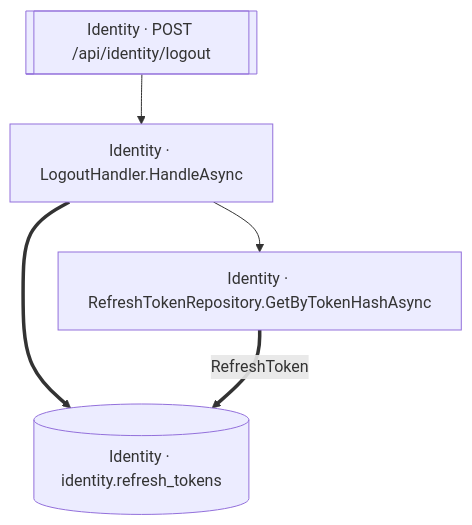
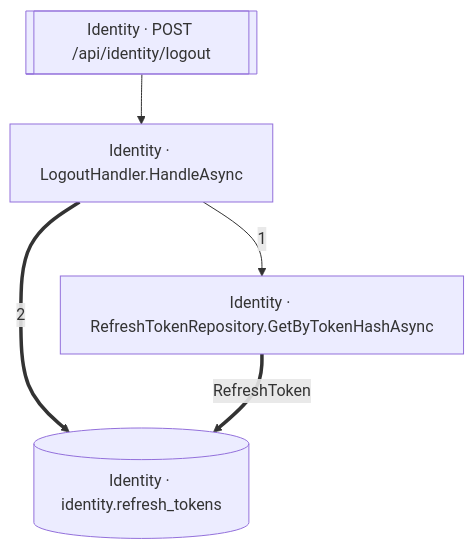
Before and after one commit to onurnafiguzel/FlowLens: the diagram in out/flows/post-api-identity-logout.md, drawn with Mermaid. The commit also changed other lines of this file and 28 other files, not shown here.

Commit message:
feat(graph): record call sites on CALLS edges and feat(docs): order sibling edges by source position, number call sites and docs: regenerate site with source-ordered flow diagrams

````diff
--- a/out/flows/post-api-identity-logout.md
+++ b/out/flows/post-api-identity-logout.md
@@ -7,12 +7,12 @@
 ```mermaid
 flowchart TD
   n0["Identity · LogoutHandler.HandleAsync"]
   n1["Identity · RefreshTokenRepository.GetByTokenHashAsync"]
   n2[["Identity · POST /api/identity/logout"]]
   n3[("Identity · identity.refresh_tokens")]
 
-  n0 --> n1
-  n0 ==> n3
+  n0 -->|"1"| n1
+  n0 ==>|"2"| n3
   n1 ==>|"RefreshToken"| n3
   n2 --> n0
 ```
````
